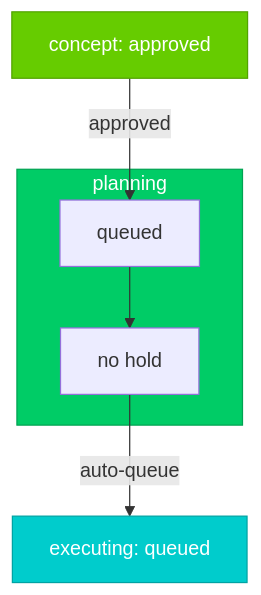
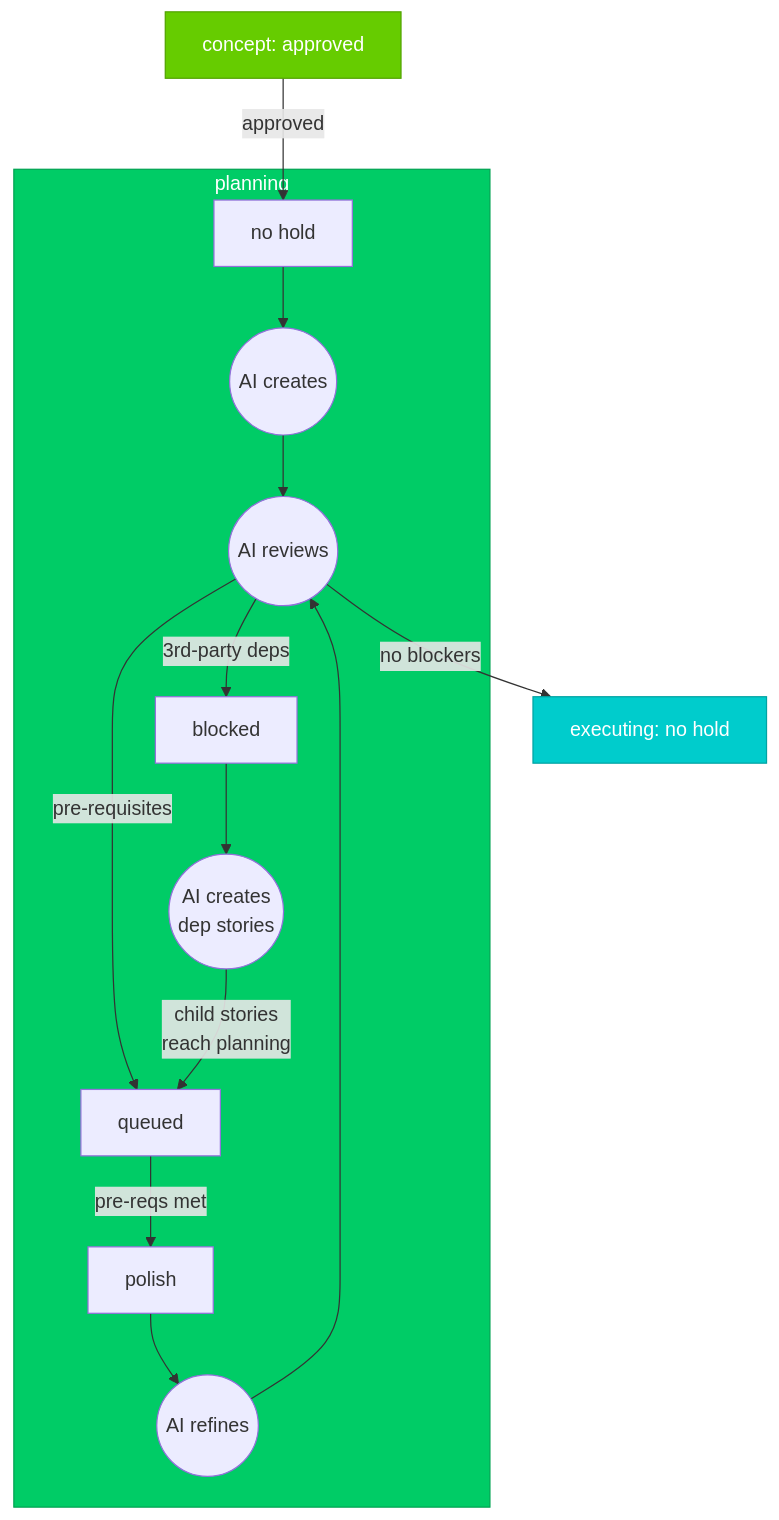
One commit to Mharbulous/StoryTree changed the diagram in claude/skills/story-tree/references/workflow2-planning.md. Above: the diagram before and after it, drawn with Mermaid. The commit also changed other lines of this file and 6 other files, not shown here.

First line of the commit message:
refactor(workflow2): update blocked state to use AI-created dependency stories

````diff
--- a/claude/skills/story-tree/references/workflow2-planning.md
+++ b/claude/skills/story-tree/references/workflow2-planning.md
@@ -9,19 +9,34 @@
 ```mermaid
 flowchart TB
-    concept[concept: approved] -->|approved| p_q
+    concept[concept: approved] -->|approved| p_clear
 
     subgraph planning_stage [planning]
-        p_q[queued]
         p_clear[no hold]
-        p_q --> p_clear
+        p_create((AI creates))
+        p_review((AI reviews))
+        p_blocked[blocked]
+        p_create_deps((AI creates<br/>dep stories))
+        p_queued[queued]
+        p_polish[polish]
+        p_refine((AI refines))
+
+        p_clear --> p_create
+        p_create --> p_review
+        p_review -->|3rd-party deps| p_blocked
+        p_review -->|pre-requisites| p_queued
+        p_blocked --> p_create_deps
+        p_create_deps -->|child stories<br/>reach planning| p_queued
+        p_queued -->|pre-reqs met| p_polish
+        p_polish --> p_refine
+        p_refine --> p_review
     end
 
-    p_clear -->|auto-queue| executing[executing: queued]
+    p_review -->|no blockers| executing[executing: no hold]
 
     classDef conceptBox fill:#66CC00,stroke:#52A300,color:#fff
     classDef planningBox fill:#00CC66,stroke:#00A352,color:#fff
     classDef executingBox fill:#00CCCC,stroke:#00A3A3,color:#fff
     class concept conceptBox
     class planning_stage planningBox
     class executing executingBox
 ```
````
